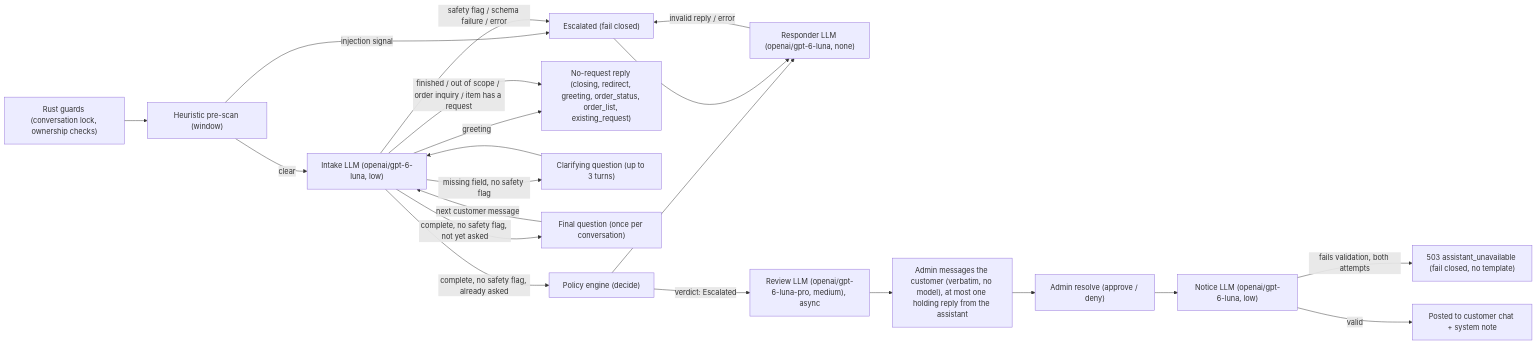
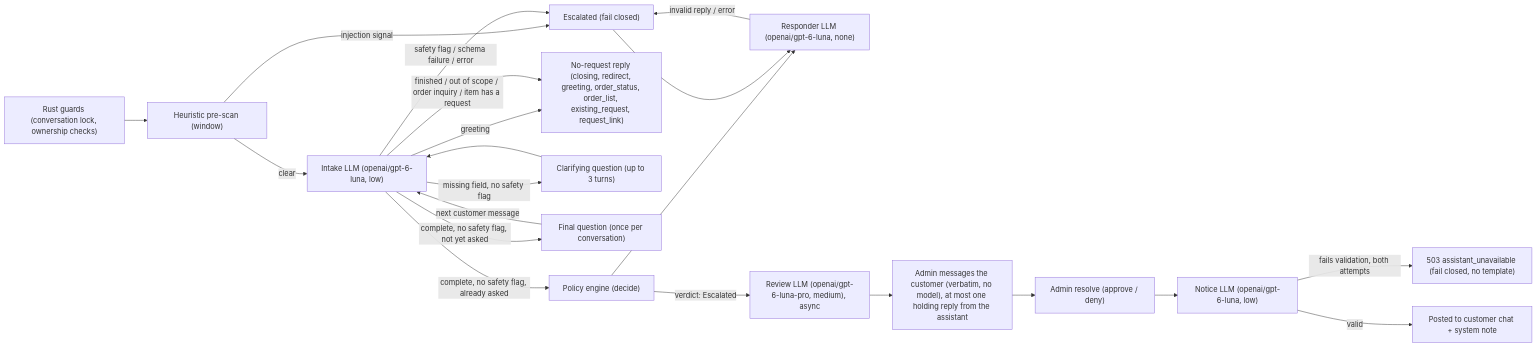
The first of 2 diagrams in README.md (allwelldotdev/wn-refund-ai), drawn with Mermaid before and after one commit. The commit also changed other lines of this file and 2 other files, not shown here.

First line of the commit message:
docs: add ADR-056 and update for request thread linking

````diff
--- a/README.md
+++ b/README.md
@@ -92,23 +92,23 @@
 ```mermaid
 flowchart LR
     guards["Rust guards (conversation lock, ownership checks)"] --> prescan["Heuristic pre-scan (window)"]
     prescan -- "injection signal" --> escalated["Escalated (fail closed)"]
     prescan -- "clear" --> intake["Intake LLM (openai/gpt-6-luna, low)"]
     intake -- "safety flag / schema failure / error" --> escalated
-    intake -- "greeting" --> noreq["No-request reply (closing, redirect, greeting, order_status, order_list, existing_request)"]
+    intake -- "greeting" --> noreq["No-request reply (closing, redirect, greeting, order_status, order_list, existing_request, request_link)"]
     intake -- "finished / out of scope / order inquiry / item has a request" --> noreq
     intake -- "missing field, no safety flag" --> clarify["Clarifying question (up to 3 turns)"]
     clarify --> intake
     intake -- "complete, no safety flag, not yet asked" --> finalcheck["Final question (once per conversation)"]
     finalcheck -- "next customer message" --> intake
     intake -- "complete, no safety flag, already asked" --> policy["Policy engine (decide)"]
     policy --> responder["Responder LLM (openai/gpt-6-luna, none)"]
     responder -- "invalid reply / error" --> escalated
     escalated --> responder
     policy -- "verdict: Escalated" --> review["Review LLM (openai/gpt-6-luna-pro, medium), async"]
     review --> adminchat["Admin messages the customer (verbatim, no model), at most one holding reply from the assistant"]
     adminchat --> adminresolve["Admin resolve (approve / deny)"]
     adminresolve --> notice["Notice LLM (openai/gpt-6-luna, low)"]
     notice -- "fails validation, both attempts" --> unavailable["503 assistant_unavailable (fail closed, no template)"]
     notice -- "valid" --> customer["Posted to customer chat + system note"]
 ```
````
